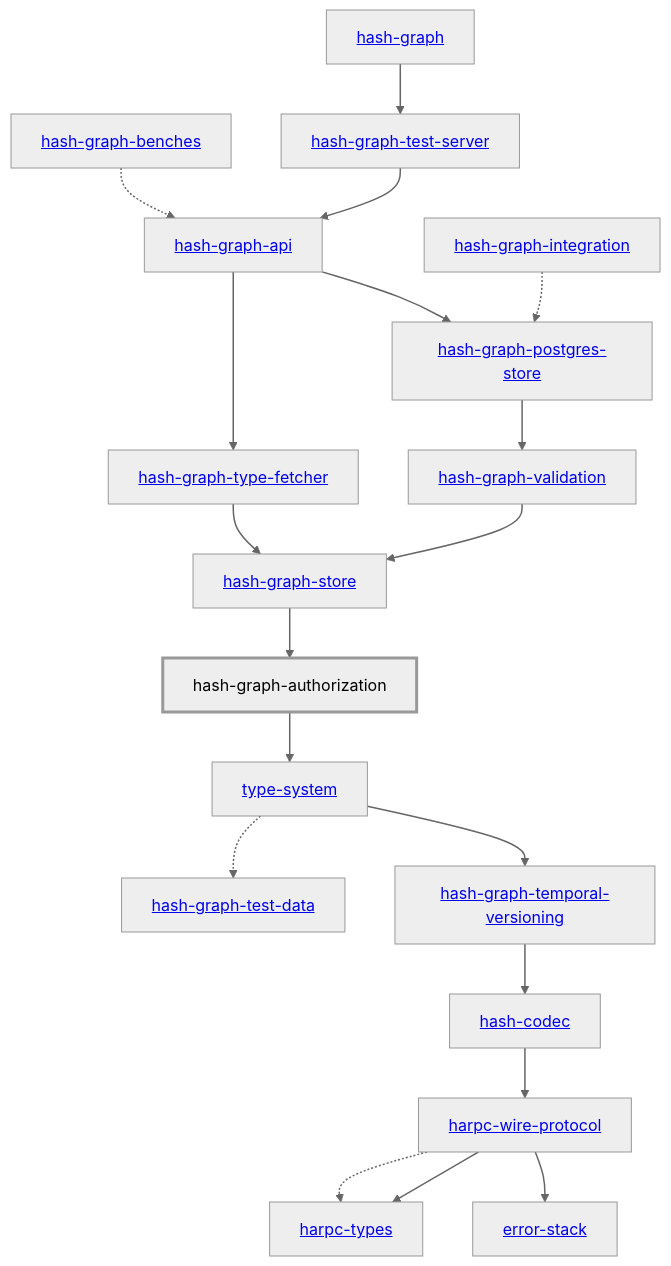
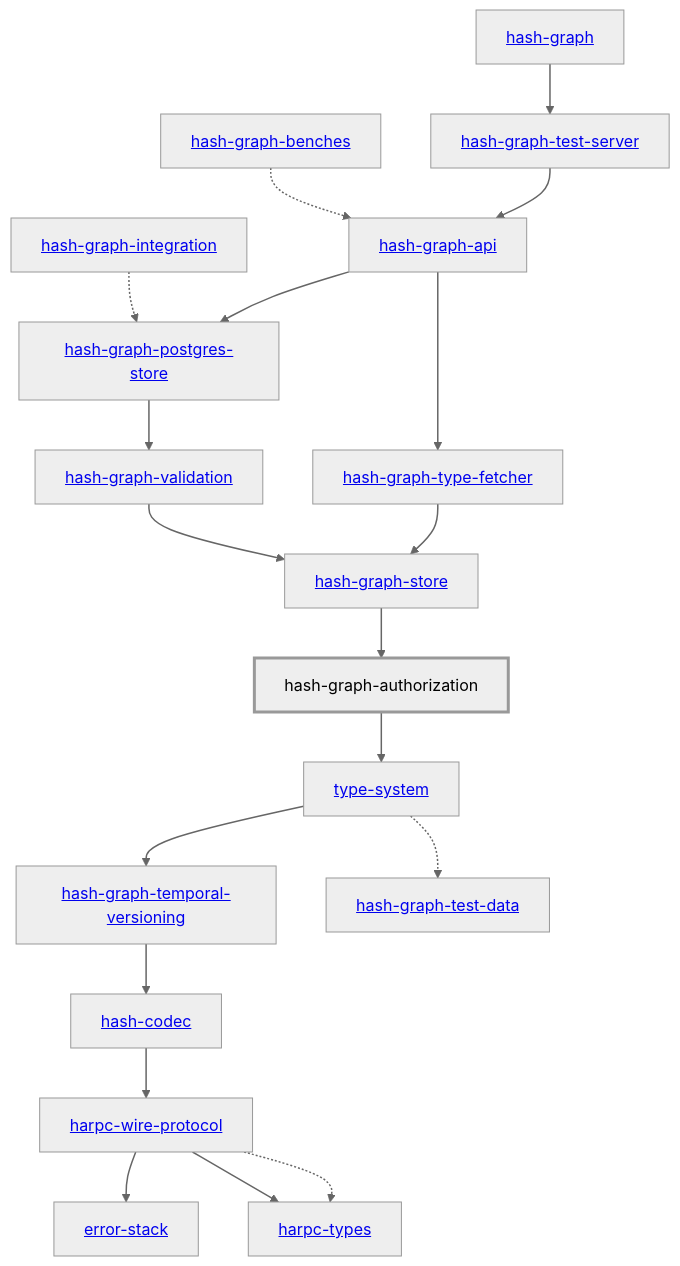
One commit to hashintel/hash changed the diagram in libs/@local/graph/authorization/docs/dependency-diagram.mmd. Above: the diagram before and after it, drawn with Mermaid (neutral theme). The commit also changed other lines of this file and 29 other files, not shown here.

Commit message:
Fix dependency graphs

```diff
--- a/libs/@local/graph/authorization/docs/dependency-diagram.mmd
+++ b/libs/@local/graph/authorization/docs/dependency-diagram.mmd
@@ -1,46 +1,46 @@
 graph TD
     linkStyle default stroke-width:1.5px
     classDef default stroke-width:1px
     classDef root stroke-width:3px
     classDef dev stroke-width:1px
     classDef build stroke-width:1px
     %% Legend
     %% --> : Normal dependency
     %% -.-> : Dev dependency
     %% ---> : Build dependency
     0[<a href="../hash_codec/index.html">hash-codec</a>]
     1[<a href="../hash_graph/index.html">hash-graph</a>]
     2[<a href="../hash_graph_api/index.html">hash-graph-api</a>]
     3[hash-graph-authorization]
     class 3 root
     4[<a href="../hash_graph_benches/index.html">hash-graph-benches</a>]
     5[<a href="../hash_graph_integration/index.html">hash-graph-integration</a>]
     6[<a href="../hash_graph_type_fetcher/index.html">hash-graph-type-fetcher</a>]
     7[<a href="../error_stack/index.html">error-stack</a>]
     8[<a href="../type_system/index.html">type-system</a>]
     9[<a href="../hash_graph_postgres_store/index.html">hash-graph-postgres-store</a>]
     10[<a href="../hash_graph_store/index.html">hash-graph-store</a>]
     11[<a href="../hash_graph_temporal_versioning/index.html">hash-graph-temporal-versioning</a>]
     12[<a href="../hash_graph_test_data/index.html">hash-graph-test-data</a>]
     13[<a href="../hash_graph_test_server/index.html">hash-graph-test-server</a>]
     14[<a href="../hash_graph_validation/index.html">hash-graph-validation</a>]
     15[<a href="../harpc_types/index.html">harpc-types</a>]
     16[<a href="../harpc_wire_protocol/index.html">harpc-wire-protocol</a>]
     3 --> 8
     4 -.-> 2
     5 -.-> 9
+    10 --> 3
     8 --> 11
     8 -.-> 12
+    14 --> 10
     9 --> 14
-    6 --> 10
-    10 --> 3
     11 --> 0
     13 --> 2
     16 --> 7
     16 --> 15
     16 -.-> 15
     0 --> 16
     1 --> 13
+    6 --> 10
     2 --> 9
-    14 --> 10
     2 --> 6
```
